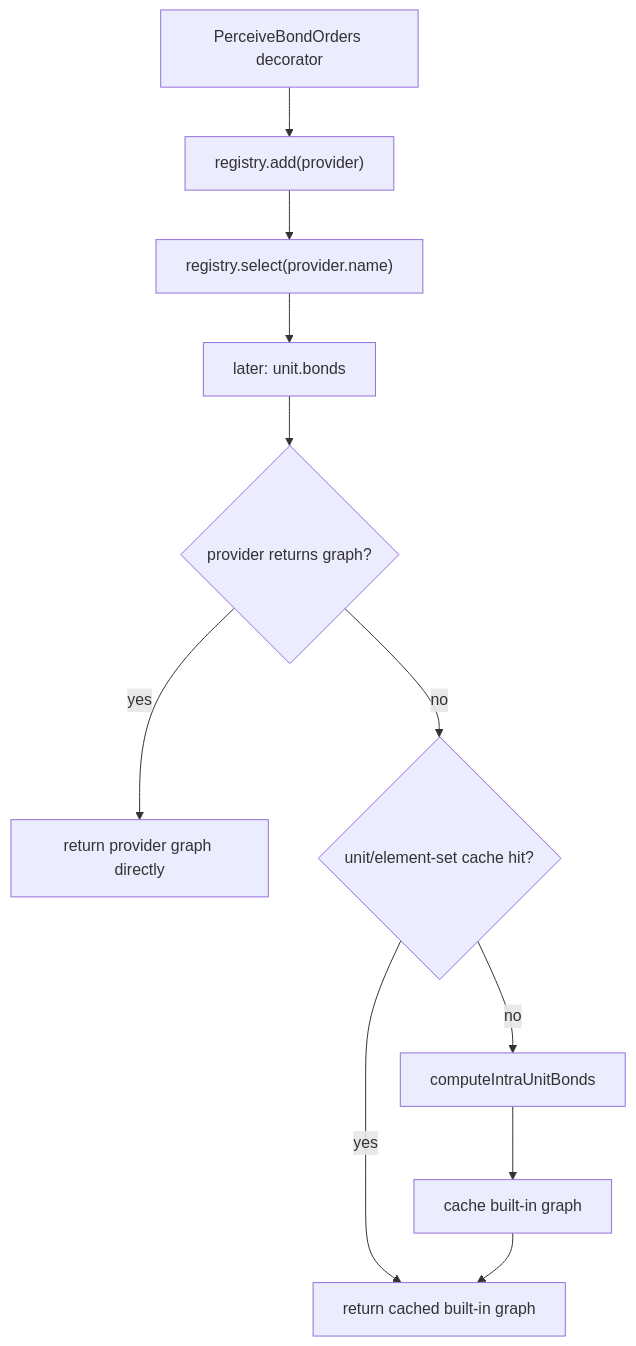
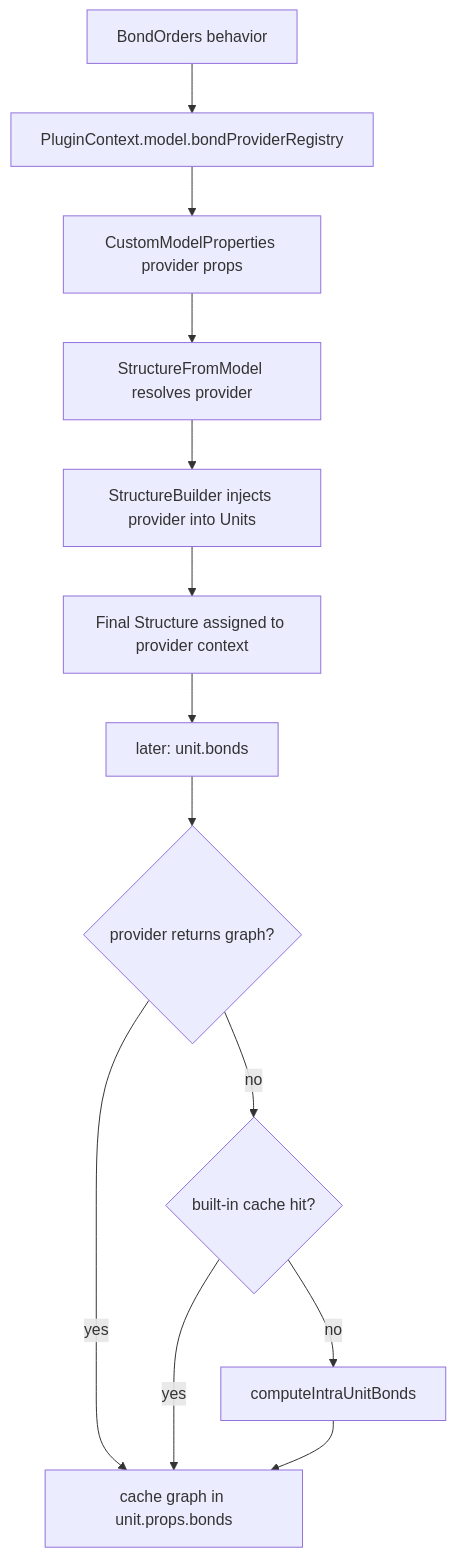
One commit to molstar/molstar changed the diagram in src/extensions/bond-orders/README.md. Above: the diagram before and after it, drawn with Mermaid. The commit also changed other lines of this file and 15 other files, not shown here.

Commit message:
BondProviderRegistry in PluginContext, BondProvider as a Model prop and Unit param

````diff
--- a/src/extensions/bond-orders/README.md
+++ b/src/extensions/bond-orders/README.md
@@ -45,13 +26,15 @@
 ```mermaid
 flowchart TD
-  D["PerceiveBondOrders decorator"] --> R["registry.add(provider)"]
-  R --> A["registry.select(provider.name)"]
-  A --> L["later: unit.bonds"]
+  B["BondOrders behavior"] --> R["PluginContext.model.bondProviderRegistry"]
+  R --> M["CustomModelProperties provider props"]
+  M --> T["StructureFromModel resolves provider"]
+  T --> S["StructureBuilder injects provider into Units"]
+  S --> C["Final Structure assigned to provider context"]
+  C --> L["later: unit.bonds"]
   L --> P{"provider returns graph?"}
-  P -- yes --> O["return provider graph directly"]
-  P -- no --> C{"unit/element-set cache hit?"}
-  C -- yes --> O2["return cached built-in graph"]
-  C -- no --> B["computeIntraUnitBonds"]
-  B --> S["cache built-in graph"]
-  S --> O2
+  P -- yes --> O["cache graph in unit.props.bonds"]
+  P -- no --> H{"built-in cache hit?"}
+  H -- yes --> O
+  H -- no --> D["computeIntraUnitBonds"]
+  D --> O
 ```
````
